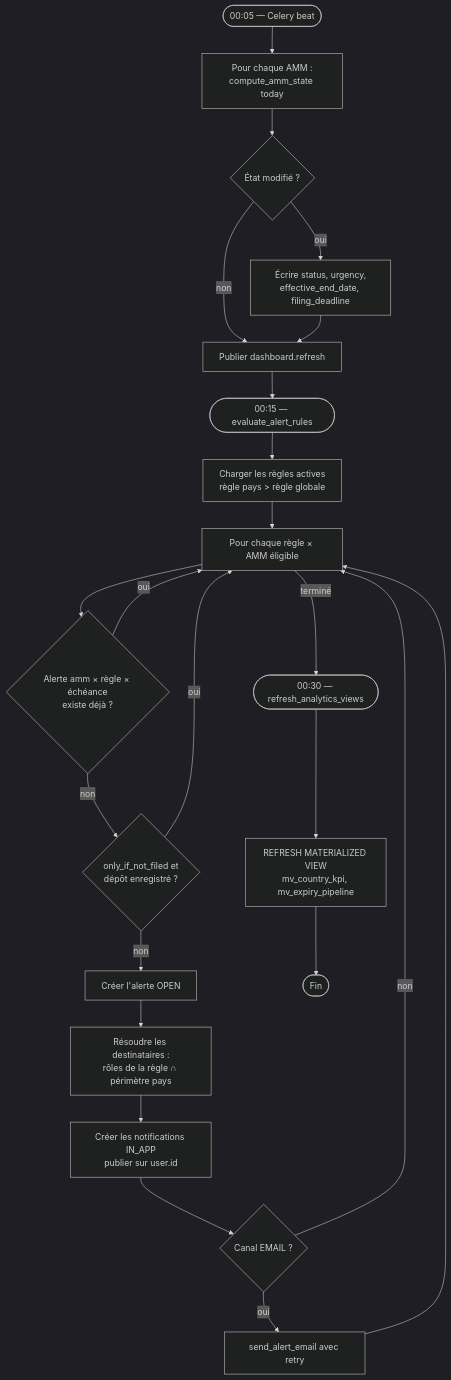
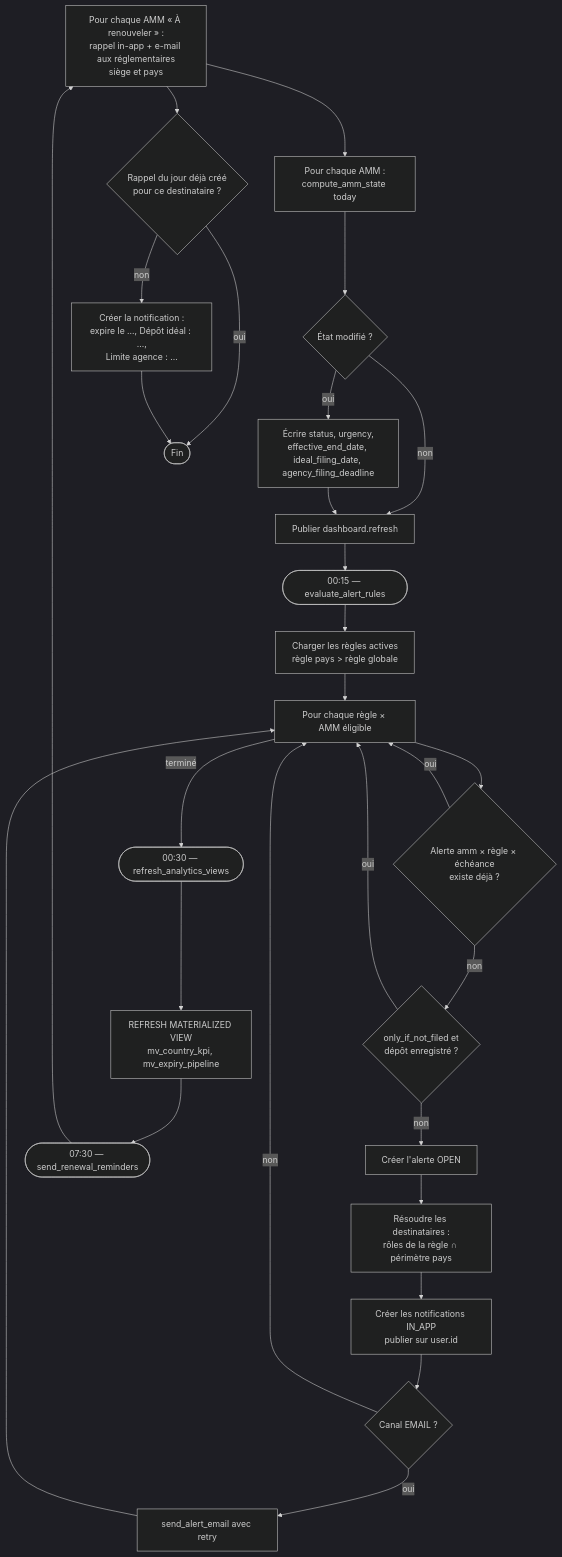
Before and after one commit to alamine2003/AMM-INNOV: diagram 12 of 14 in docs/conception.md, drawn with Mermaid (dark theme). The commit also changed other lines of this file and 67 other files, not shown here.

First line of the commit message:
Workflow AMM : statuts Valide / À renouveler / Expirée et rappel quotidien

````diff
--- a/docs/conception.md
+++ b/docs/conception.md
@@ -664,25 +663,30 @@
 ```mermaid
 flowchart TD
     S([00:05 — Celery beat]) --> A[Pour chaque AMM :<br/>compute_amm_state today]
     A --> B{État modifié ?}
-    B -- oui --> C[Écrire status, urgency,<br/>effective_end_date, filing_deadline]
+    B -- oui --> C[Écrire status, urgency,<br/>effective_end_date, ideal_filing_date, agency_filing_deadline]
     B -- non --> D
     C --> D[Publier dashboard.refresh]
     D --> E([00:15 — evaluate_alert_rules])
     E --> F[Charger les règles actives<br/>règle pays > règle globale]
     F --> G[Pour chaque règle × AMM éligible]
     G --> H{Alerte amm × règle × échéance<br/>existe déjà ?}
     H -- oui --> G
     H -- non --> I{only_if_not_filed et<br/>dépôt enregistré ?}
     I -- oui --> G
     I -- non --> J[Créer l'alerte OPEN]
     J --> K[Résoudre les destinataires :<br/>rôles de la règle ∩ périmètre pays]
     K --> L[Créer les notifications IN_APP<br/>publier sur user.id]
     L --> M{Canal EMAIL ?}
     M -- oui --> N[send_alert_email avec retry]
     M -- non --> G
     N --> G
     G -- terminé --> O([00:30 — refresh_analytics_views])
     O --> P[REFRESH MATERIALIZED VIEW<br/>mv_country_kpi, mv_expiry_pipeline]
-    P --> Q([Fin])
+    P --> R([07:30 — send_renewal_reminders])
+    R --> S[Pour chaque AMM « À renouveler » :<br/>rappel in-app + e-mail aux réglementaires<br/>siège et pays]
+    S --> T{Rappel du jour déjà créé<br/>pour ce destinataire ?}
+    T -- oui --> U([Fin])
+    T -- non --> V[Créer la notification :<br/>expire le …, Dépôt idéal : …,<br/>Limite agence : …]
+    V --> U
 ```
````
